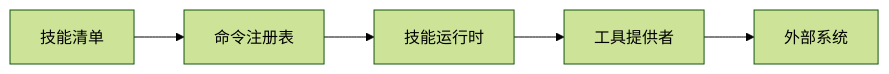
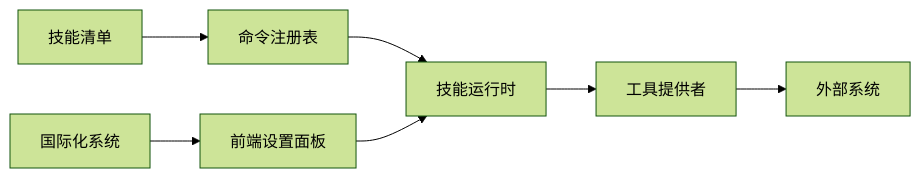
Before and after one commit to kkutysllb/KCoder: the fifth of 5 diagrams in .qoder/repowiki/zh/content/项目概述/核心特性/技能系统/技能系统.md, drawn with Mermaid (forest theme). The commit also changed other lines of this file and 5 other files, not shown here.

````diff
--- a/.qoder/repowiki/zh/content/项目概述/核心特性/技能系统/技能系统.md
+++ b/.qoder/repowiki/zh/content/项目概述/核心特性/技能系统/技能系统.md
@@ -359,7 +439,9 @@
 ```mermaid
 graph LR
 A["技能清单"] --> B["命令注册表"]
 B --> C["技能运行时"]
 C --> D["工具提供者"]
 D --> E["外部系统"]
+F["前端设置面板"] --> C
+G["国际化系统"] --> F
 ```
````
